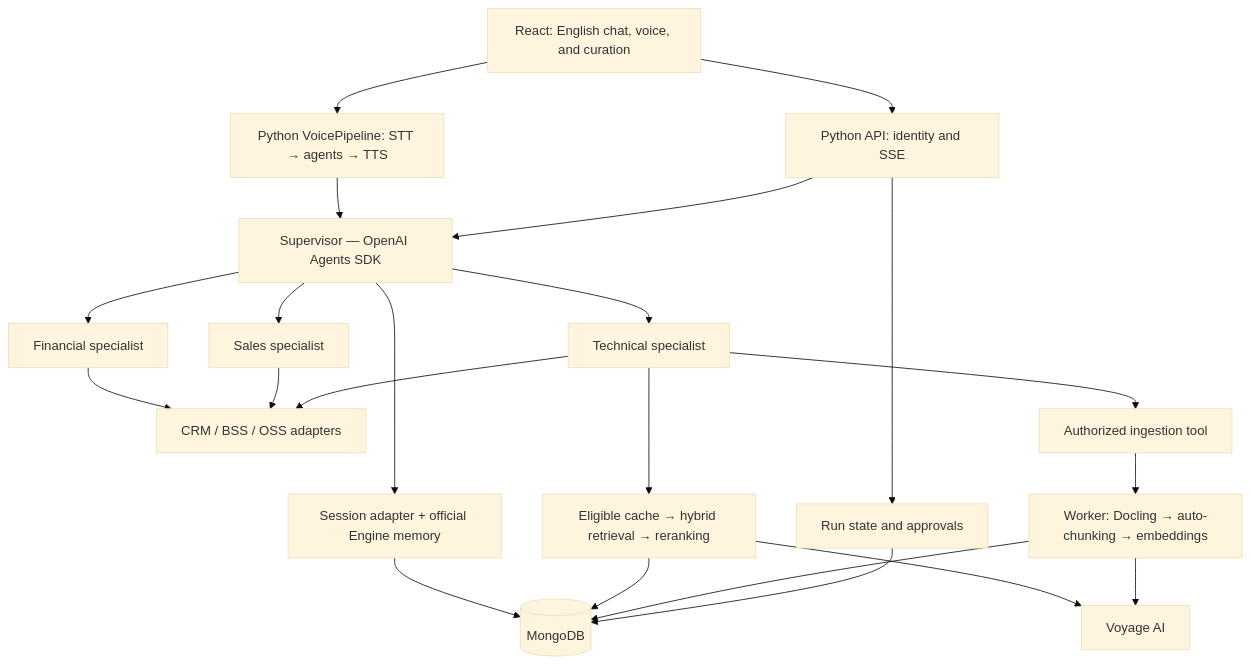
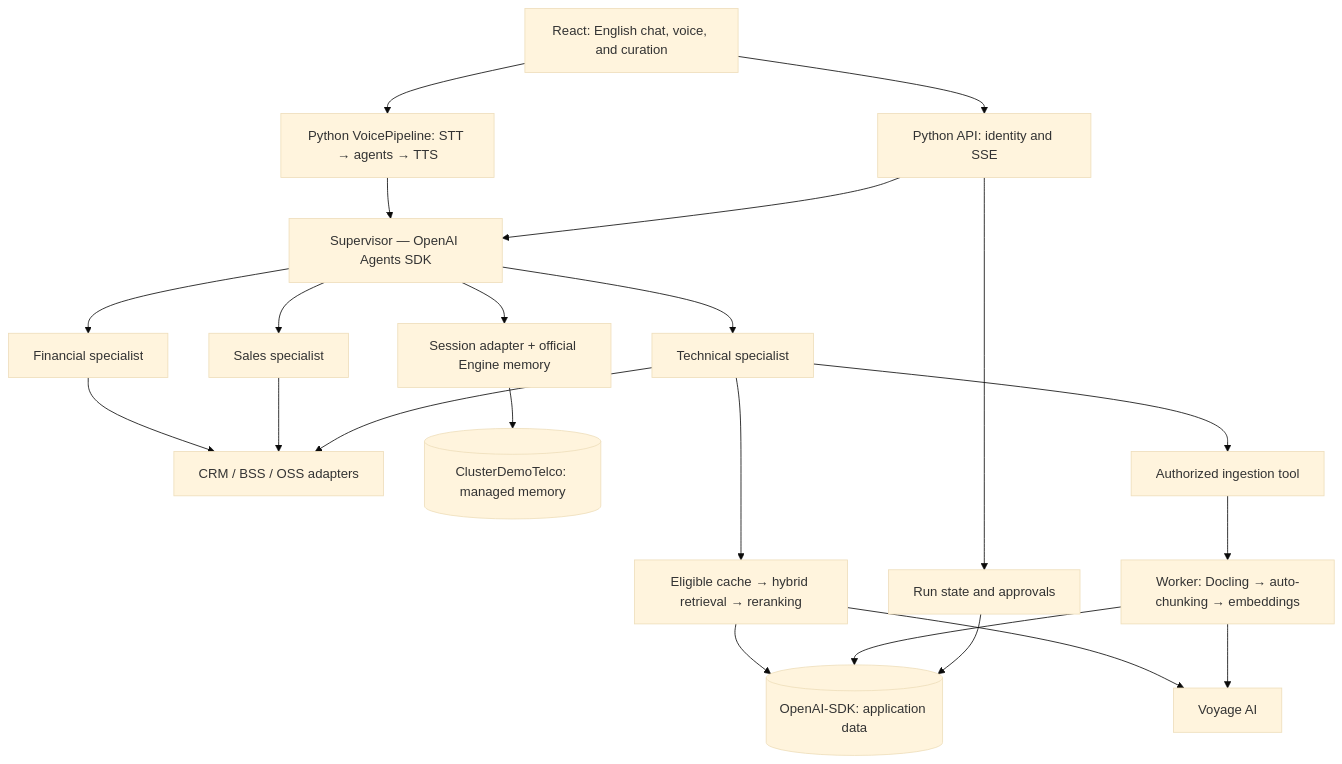
Before and after one commit to vagnerpontesbr/mdb_agents_using_openai_agents_sdk: the diagram in initial_plan.md, drawn with Mermaid (base theme). The commit also changed other lines of this file and 48 other files, not shown here.

````diff
--- a/initial_plan.md
+++ b/initial_plan.md
@@ -33,24 +35,24 @@
 ```mermaid
 flowchart TD
     UI[React: English chat, voice, and curation] --> API[Python API: identity and SSE]
     UI --> VOICE[Python VoicePipeline: STT → agents → TTS]
     VOICE --> SUP
     API --> SUP[Supervisor — OpenAI Agents SDK]
     SUP --> FIN[Financial specialist]
     SUP --> TEC[Technical specialist]
     SUP --> SALES[Sales specialist]
     FIN --> BIZ[CRM / BSS / OSS adapters]
     SALES --> BIZ
     TEC --> BIZ
     SUP --> MEM[Session adapter + official Engine memory]
-    MEM --> DB[(MongoDB)]
+    MEM --> MEMDB[(ClusterDemoTelco: managed memory)]
     TEC --> RAG[Eligible cache → hybrid retrieval → reranking]
-    RAG --> DB
+    RAG --> DB[(OpenAI-SDK: application data)]
     RAG --> VOY[Voyage AI]
     TEC --> JOB[Authorized ingestion tool]
     JOB --> WORK[Worker: Docling → auto-chunking → embeddings]
     WORK --> VOY
     WORK --> DB
     API --> STATE[Run state and approvals]
     STATE --> DB
 ```
````
